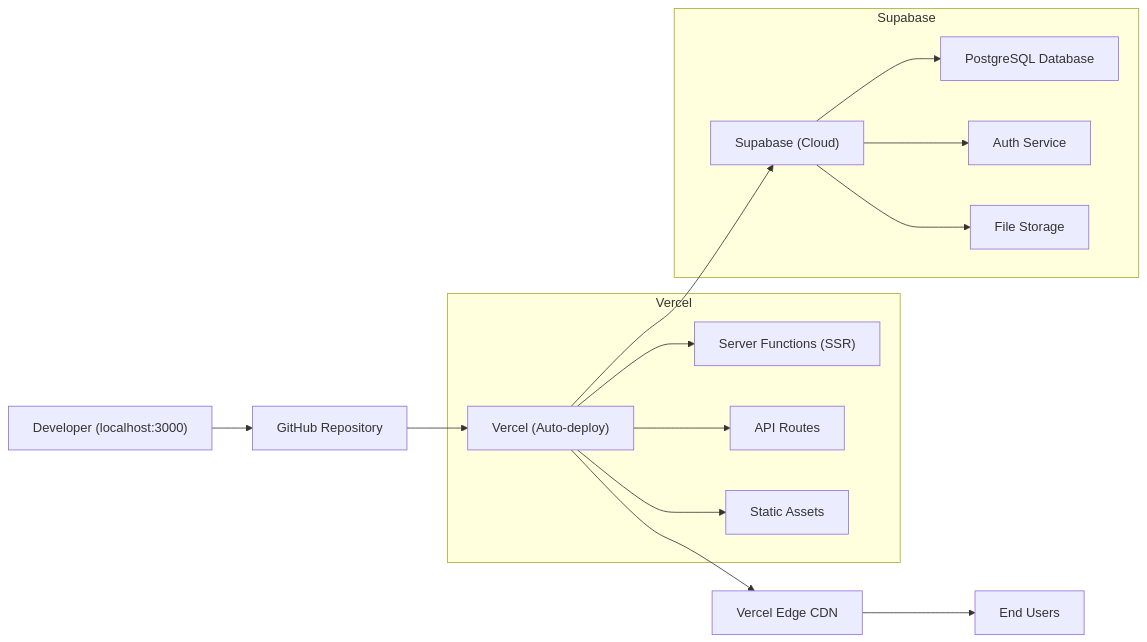
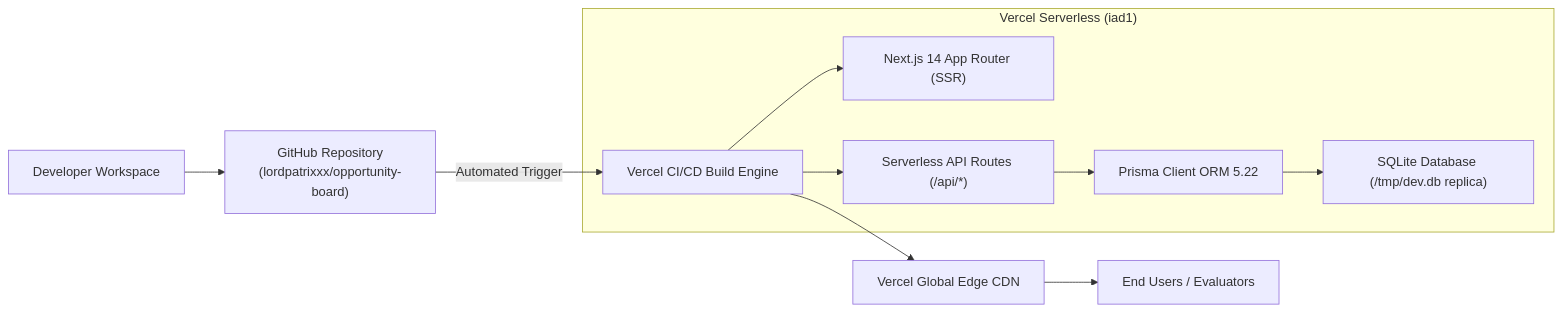
Before and after one commit to lordpatrixxx/opportunity-board: the diagram in docs/deployment.md, drawn with Mermaid. The commit also changed other lines of this file and 3 other files, not shown here.

Commit message:
docs: document production Vercel deployment and live architecture

````diff
--- a/docs/deployment.md
+++ b/docs/deployment.md
@@ -5,20 +15,14 @@
 ```mermaid
 graph LR
-    DEV["Developer (localhost:3000)"] --> GIT["GitHub Repository"]
-    GIT --> VERCEL["Vercel (Auto-deploy)"]
-    VERCEL --> CDN["Vercel Edge CDN"]
-    CDN --> USER["End Users"]
-    VERCEL --> SUPA["Supabase (Cloud)"]
+    DEV["Developer Workspace"] --> GIT["GitHub Repository<br/>(lordpatrixxx/opportunity-board)"]
+    GIT -->|Automated Trigger| VERCEL["Vercel CI/CD Build Engine"]
+    VERCEL --> CDN["Vercel Global Edge CDN"]
+    CDN --> USERS["End Users / Evaluators"]
     
-    subgraph "Vercel"
-        VERCEL --> SSR["Server Functions (SSR)"]
-        VERCEL --> API["API Routes"]
-        VERCEL --> STATIC["Static Assets"]
-    end
-    
-    subgraph "Supabase"
-        SUPA --> DB["PostgreSQL Database"]
-        SUPA --> AUTH["Auth Service"]
-        SUPA --> STORAGE["File Storage"]
+    subgraph "Vercel Serverless (iad1)"
+        VERCEL --> SSR["Next.js 14 App Router (SSR)"]
+        VERCEL --> API["Serverless API Routes (/api/*)"]
+        API --> PRISMA["Prisma Client ORM 5.22"]
+        PRISMA --> DB["SQLite Database (/tmp/dev.db replica)"]
     end
 ```
````
